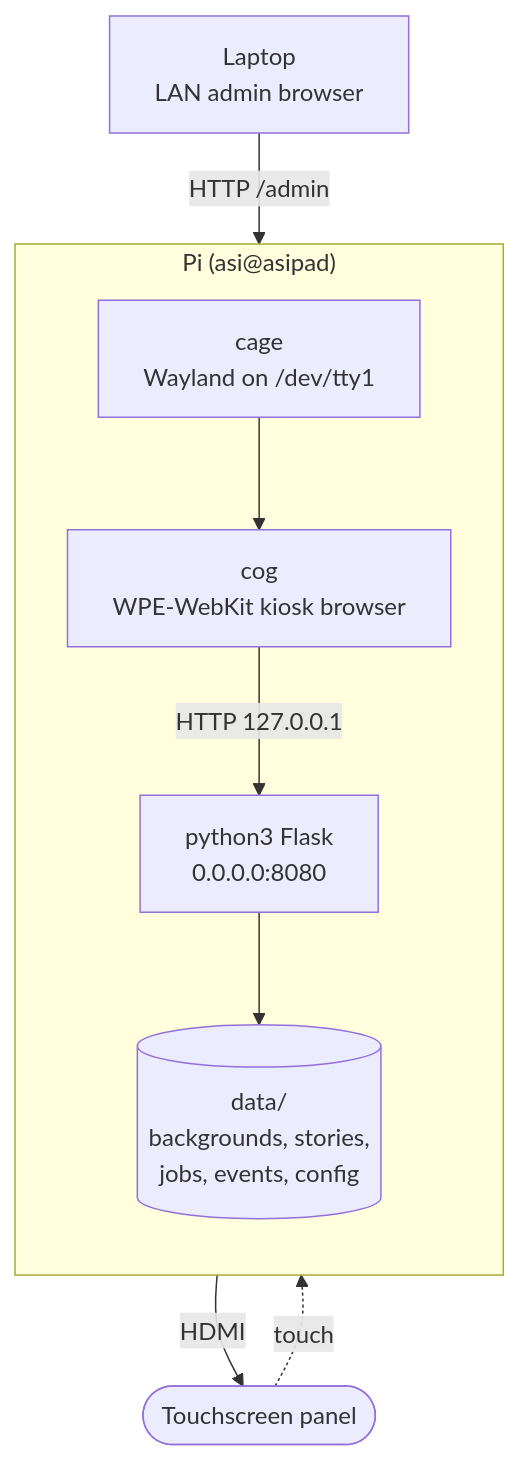
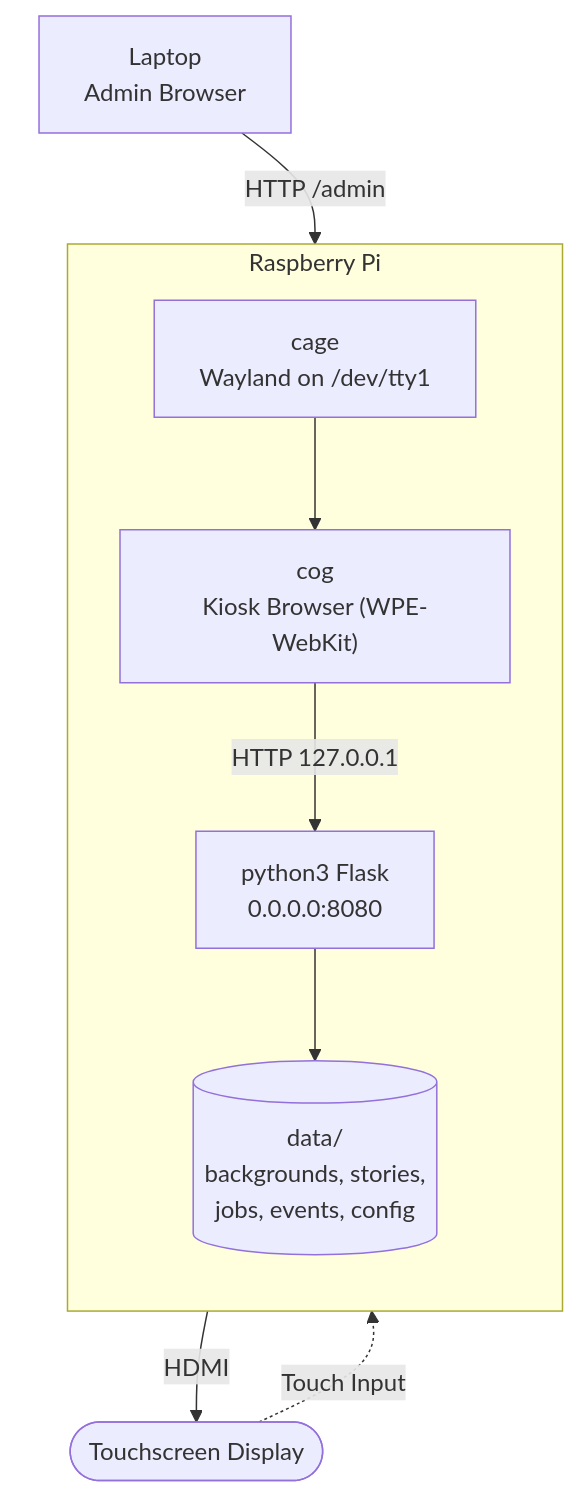
One commit to retro-city/asipad changed the diagram in README.md. Above: the diagram before and after it, drawn with Mermaid. The commit also changed other lines of this file and 1 other file, not shown here.

First line of the commit message:
Network: app-level LAN-only access control on every request

````diff
--- a/README.md
+++ b/README.md
@@ -111,18 +127,19 @@
 ```mermaid
 flowchart TB
-    laptop["Laptop<br/>LAN admin browser"]
-    subgraph pi["Pi (asi@asipad)"]
+    laptop["Laptop<br/>Admin Browser"]
+    subgraph pi["Raspberry Pi"]
         direction TB
-        cog["cog<br/>WPE-WebKit kiosk browser"]
+        cog["cog<br/>Kiosk Browser (WPE-WebKit)"]
         cage["cage<br/>Wayland on /dev/tty1"]
         flask["python3 Flask<br/>0.0.0.0:8080"]
         data[("data/<br/>backgrounds, stories,<br/>jobs, events, config")]
         cage --> cog
         cog -- "HTTP 127.0.0.1" --> flask
         flask --> data
     end
-    panel(["Touchscreen panel"])
+    screen(["Touchscreen Display"])
     laptop -- "HTTP /admin" --> flask
-    cage -- HDMI --> panel
-    panel -. touch .-> cage
+    cage -- HDMI --> screen
+    screen -. "Touch Input" .-> cage
+    laptop ~~~ screen
 ```
````
